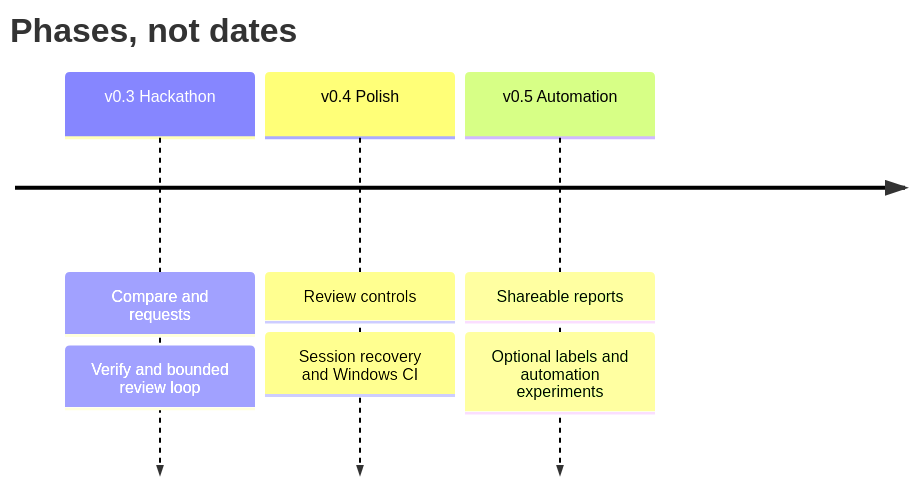
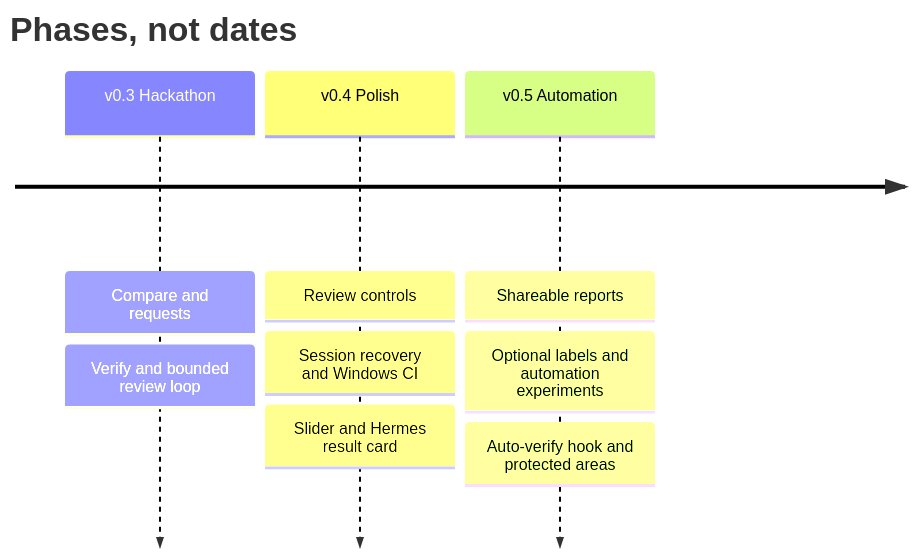
Before and after one commit to Ilham-Musyafa/Orphic-Eyes: the second of 2 diagrams in docs/ROADMAP.md, drawn with Mermaid. The commit also changed other lines of this file and 1 other file, not shown here.

Commit message:
docs(roadmap): add slider, Hermes result card, macOS, auto-verify hook, protected areas

````diff
--- a/docs/ROADMAP.md
+++ b/docs/ROADMAP.md
@@ -76,7 +81,7 @@
 ```mermaid
 timeline
     title Phases, not dates
     v0.3 Hackathon : Compare and requests : Verify and bounded review loop
-    v0.4 Polish : Review controls : Session recovery and Windows CI
-    v0.5 Automation : Shareable reports : Optional labels and automation experiments
+    v0.4 Polish : Review controls : Session recovery and Windows CI : Slider and Hermes result card
+    v0.5 Automation : Shareable reports : Optional labels and automation experiments : Auto-verify hook and protected areas
 ```
````
